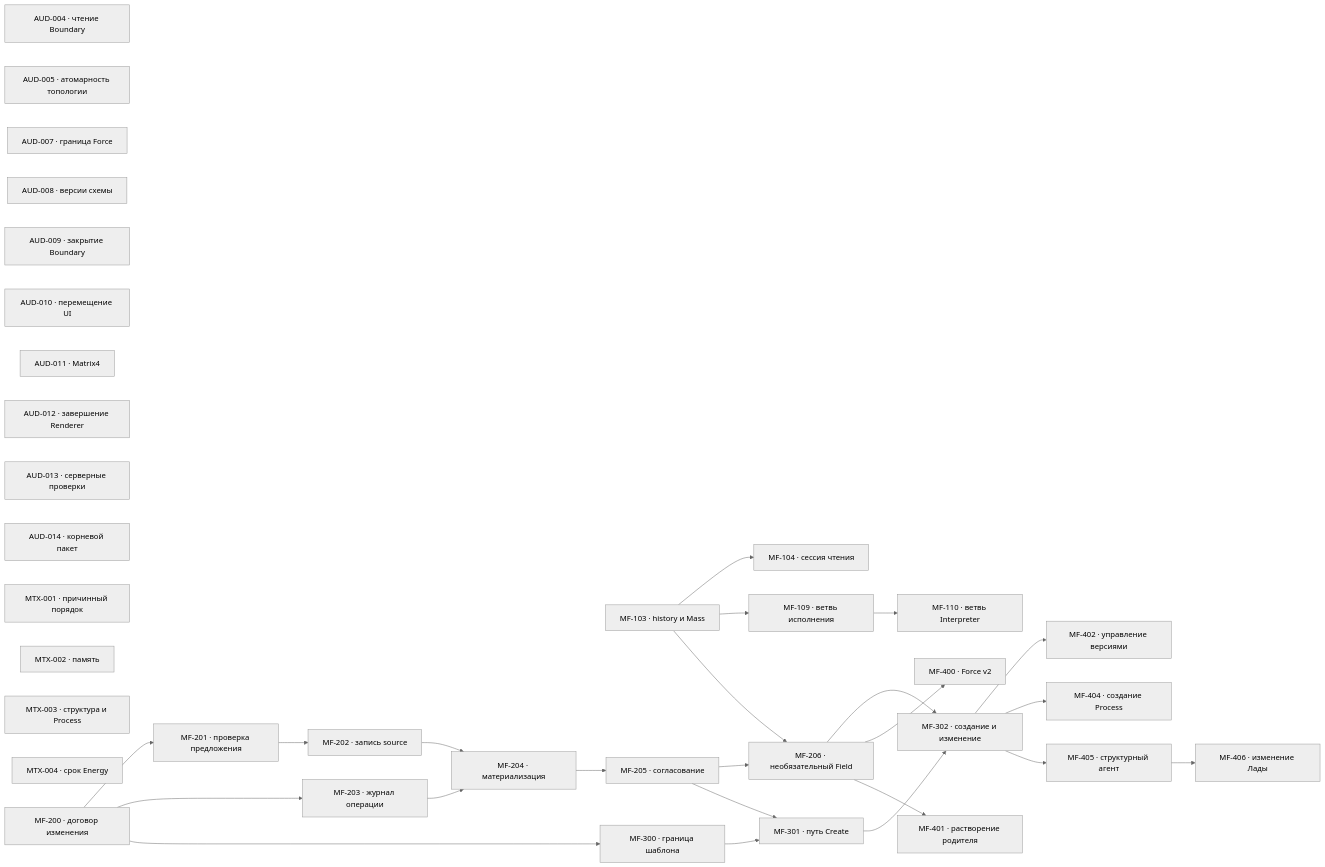
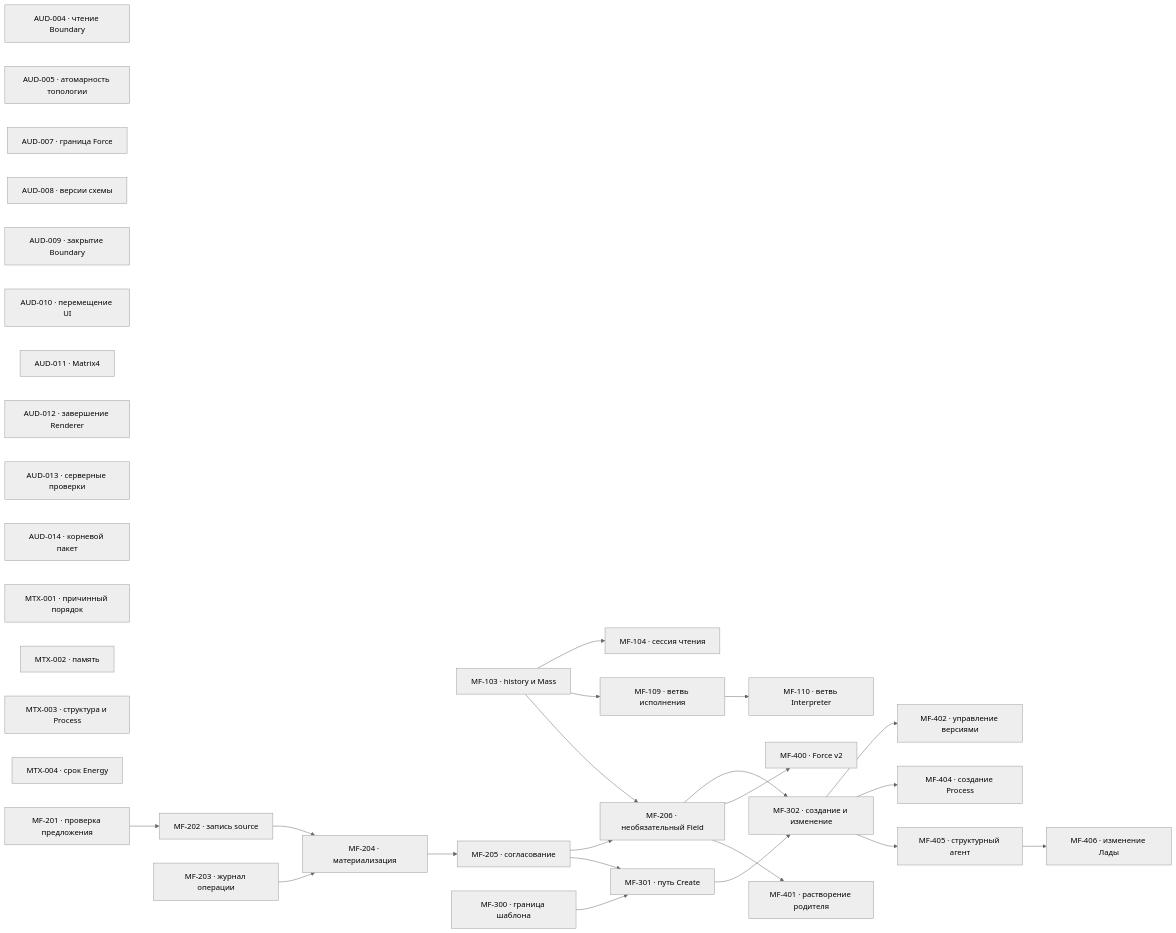
The diagram in project/TODO.md (zavx0z/metafor), drawn with Mermaid (neutral theme) before and after one commit. The commit also changed other lines of this file and 1 other file, not shown here.

````diff
--- a/project/TODO.md
+++ b/project/TODO.md
@@ -13,60 +13,56 @@
 ```mermaid
 flowchart LR
     AUD004["AUD-004 · чтение Boundary"]
     AUD005["AUD-005 · атомарность топологии"]
     AUD007["AUD-007 · граница Force"]
     AUD008["AUD-008 · версии схемы"]
     AUD009["AUD-009 · закрытие Boundary"]
     AUD010["AUD-010 · перемещение UI"]
     AUD011["AUD-011 · Matrix4"]
     AUD012["AUD-012 · завершение Renderer"]
     AUD013["AUD-013 · серверные проверки"]
     AUD014["AUD-014 · корневой пакет"]
     MTX001["MTX-001 · причинный порядок"]
     MTX002["MTX-002 · память"]
     MTX003["MTX-003 · структура и Process"]
     MTX004["MTX-004 · срок Energy"]
     MF103["MF-103 · history и Mass"]
     MF104["MF-104 · сессия чтения"]
     MF109["MF-109 · ветвь исполнения"]
     MF110["MF-110 · ветвь Interpreter"]
-    MF200["MF-200 · договор изменения"]
     MF201["MF-201 · проверка предложения"]
     MF202["MF-202 · запись source"]
     MF203["MF-203 · журнал операции"]
     MF204["MF-204 · материализация"]
     MF205["MF-205 · согласование"]
     MF206["MF-206 · необязательный Field"]
     MF300["MF-300 · граница шаблона"]
     MF301["MF-301 · путь Create"]
     MF302["MF-302 · создание и изменение"]
     MF400["MF-400 · Force v2"]
     MF401["MF-401 · растворение родителя"]
     MF402["MF-402 · управление версиями"]
     MF404["MF-404 · создание Process"]
     MF405["MF-405 · структурный агент"]
     MF406["MF-406 · изменение Лады"]
 
     MF103 --> MF104
     MF103 --> MF109
     MF109 --> MF110
-    MF200 --> MF201
     MF201 --> MF202
-    MF200 --> MF203
     MF202 --> MF204
     MF203 --> MF204
     MF204 --> MF205
     MF205 --> MF206
     MF103 --> MF206
-    MF200 --> MF300
     MF300 --> MF301
     MF205 --> MF301
     MF301 --> MF302
     MF206 --> MF302
     MF206 --> MF400
     MF206 --> MF401
     MF302 --> MF402
     MF302 --> MF404
     MF302 --> MF405
     MF405 --> MF406
 ```
````
